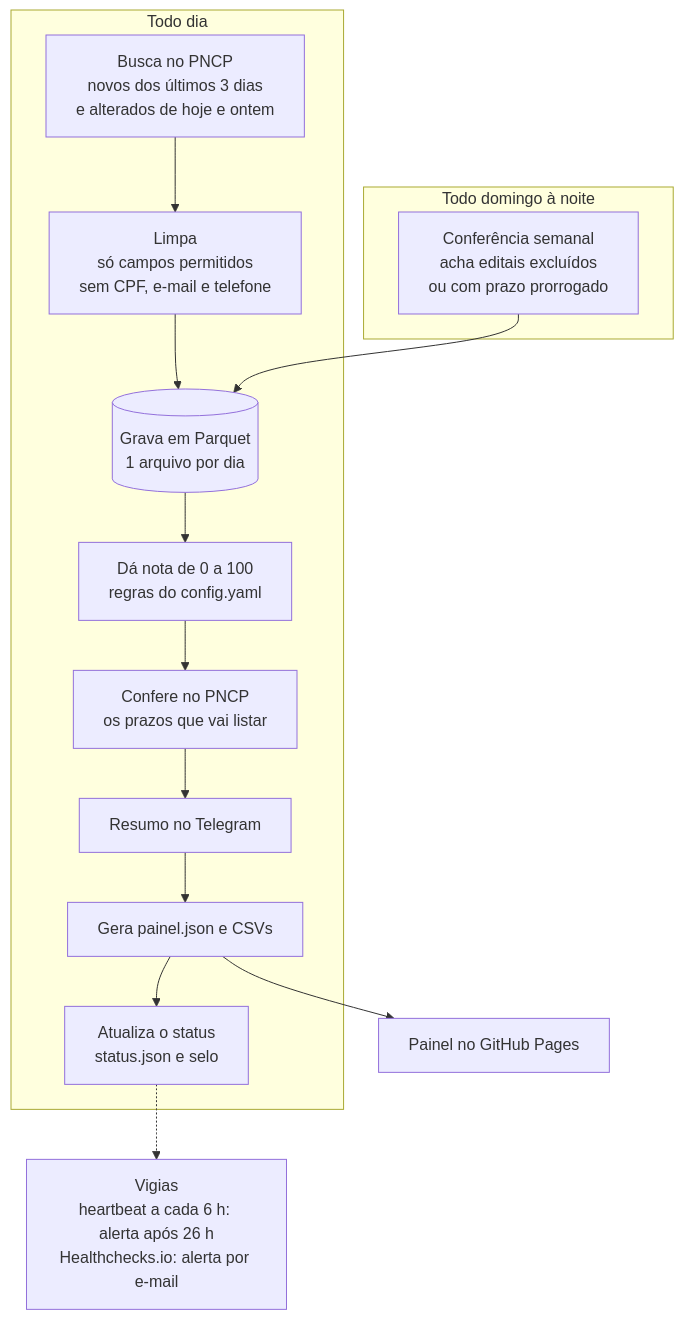
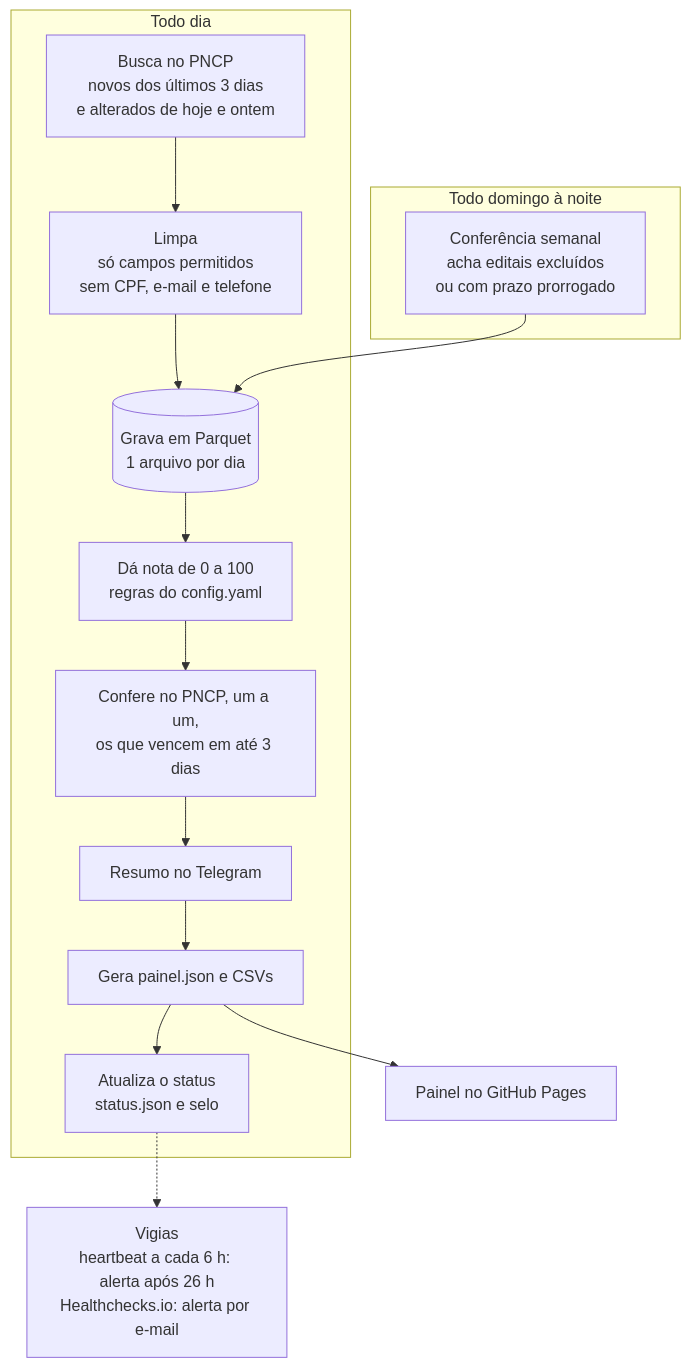
Before and after one commit to victor-ozores/Radar-PNCP: the second of 2 diagrams in README.md, drawn with Mermaid. The commit also changed other lines of this file and 3 other files, not shown here.

````diff
--- a/README.md
+++ b/README.md
@@ -92,17 +92,17 @@
 ```mermaid
 flowchart TD
     subgraph dia["Todo dia"]
         A["Busca no PNCP<br/>novos dos últimos 3 dias<br/>e alterados de hoje e ontem"] --> B["Limpa<br/>só campos permitidos<br/>sem CPF, e-mail e telefone"]
         B --> C[("Grava em Parquet<br/>1 arquivo por dia")]
         C --> D["Dá nota de 0 a 100<br/>regras do config.yaml"]
-        D --> E["Confere no PNCP<br/>os prazos que vai listar"]
+        D --> E["Confere no PNCP, um a um,<br/>os que vencem em até 3 dias"]
         E --> F["Resumo no Telegram"]
         F --> G["Gera painel.json e CSVs"]
         G --> R["Atualiza o status<br/>status.json e selo"]
     end
     subgraph dom["Todo domingo à noite"]
         S["Conferência semanal<br/>acha editais excluídos<br/>ou com prazo prorrogado"] --> C
     end
     G --> H["Painel no GitHub Pages"]
     R -.-> I["Vigias<br/>heartbeat a cada 6 h: alerta após 26 h<br/>Healthchecks.io: alerta por e-mail"]
 ```
````
